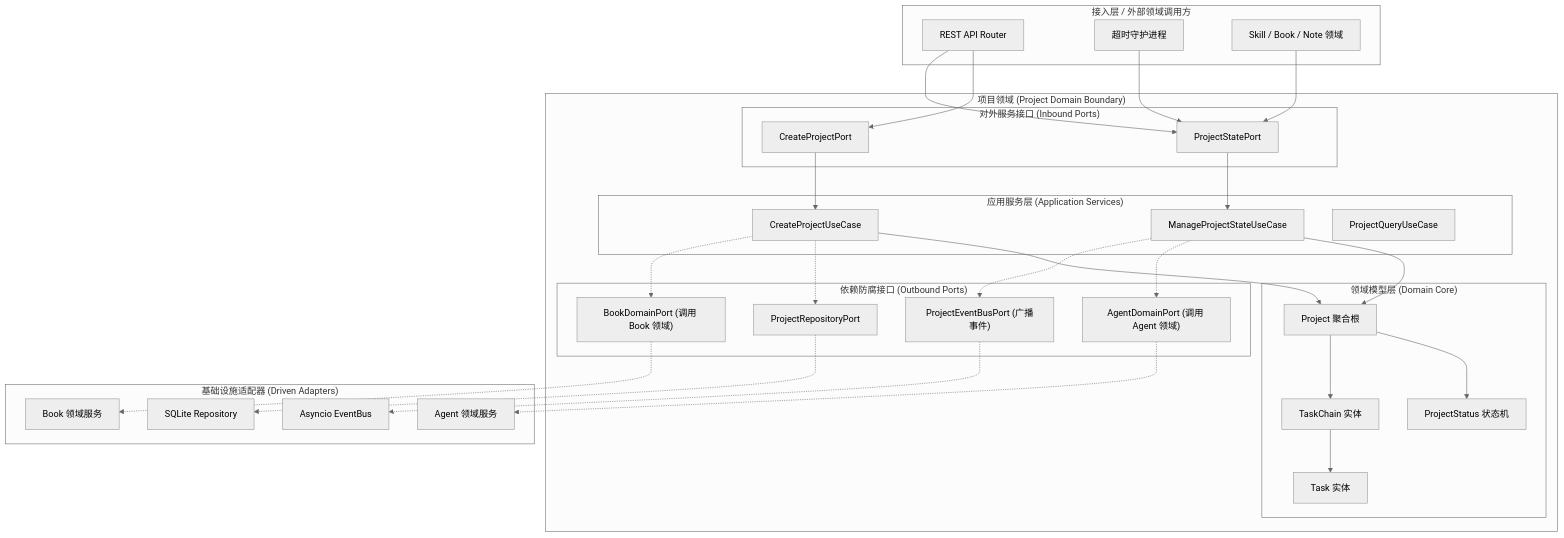
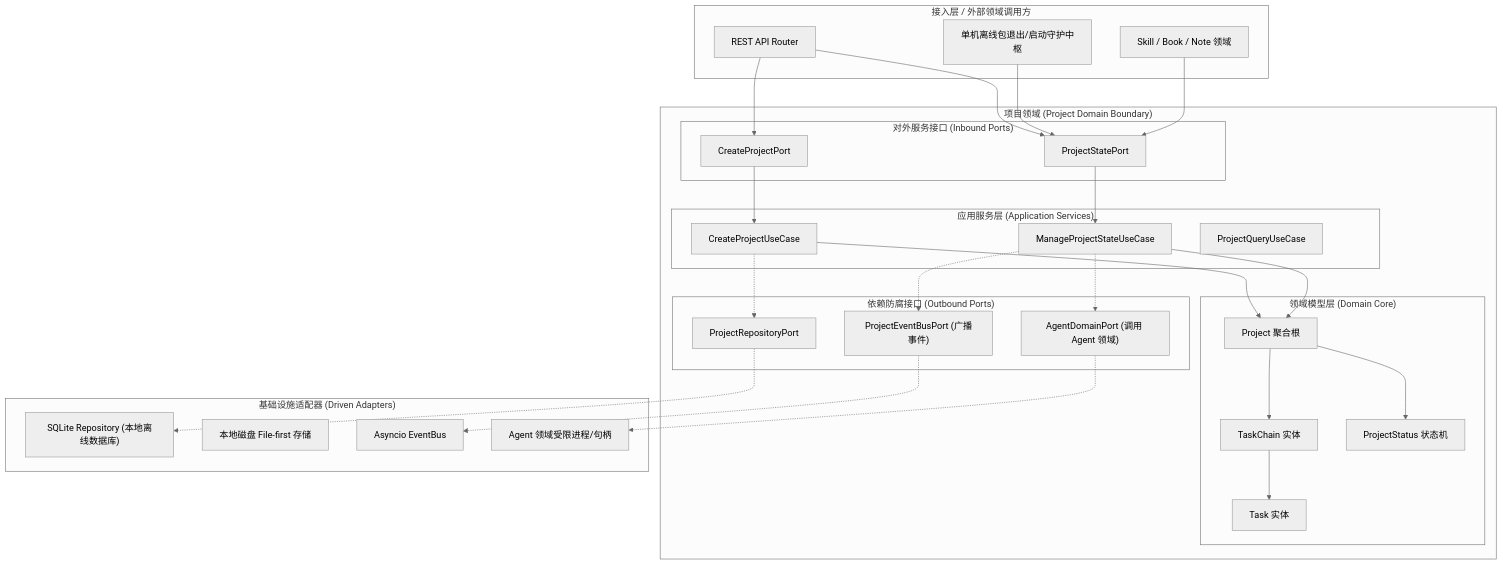
Before and after one commit to shanglihong/i-have-a-plan: the first of 6 diagrams in docs/10_backend_implementation_plan/project/project_backend_design_spec_v1.0.md, drawn with Mermaid (neutral theme). The commit also changed other lines of this file and 1 other file, not shown here.

````diff
--- a/docs/10_backend_implementation_plan/project/project_backend_design_spec_v1.0.md
+++ b/docs/10_backend_implementation_plan/project/project_backend_design_spec_v1.0.md
@@ -39,66 +39,63 @@
 ```mermaid
 graph TD
     subgraph DrivingAdapters ["接入层 / 外部领域调用方"]
         REST["REST API Router"]
-        Watchdog["超时守护进程"]
+        AppLifecycle["单机离线包退出/启动守护中枢"]
         OtherDomain["Skill / Book / Note 领域"]
     end
 
     subgraph HexagonBoundary ["项目领域 (Project Domain Boundary)"]
         subgraph AppServices ["应用服务层 (Application Services)"]
             UC_Create["CreateProjectUseCase"]
             UC_State["ManageProjectStateUseCase"]
             UC_Query["ProjectQueryUseCase"]
         end
 
         subgraph DomainModel ["领域模型层 (Domain Core)"]
             ProjectAgg["Project 聚合根"]
             TaskChainEnt["TaskChain 实体"]
             TaskEnt["Task 实体"]
             StatusMachine["ProjectStatus 状态机"]
         end
         
         subgraph InboundPorts ["对外服务接口 (Inbound Ports)"]
             IP_Create["CreateProjectPort"]
             IP_State["ProjectStatePort"]
         end
 
         subgraph OutboundPorts ["依赖防腐接口 (Outbound Ports)"]
             OP_Repo["ProjectRepositoryPort"]
-            OP_Book["BookDomainPort (调用 Book 领域)"]
             OP_Agent["AgentDomainPort (调用 Agent 领域)"]
             OP_Event["ProjectEventBusPort (广播事件)"]
         end
     end
 
     subgraph Infrastructure ["基础设施适配器 (Driven Adapters)"]
-        DB["SQLite Repository"]
+        DB["SQLite Repository (本地离线数据库)"]
+        FileStore["本地磁盘 File-first 存储"]
         EventBus["Asyncio EventBus"]
-        ExtAgent["Agent 领域服务"]
-        ExtBook["Book 领域服务"]
+        ExtAgent["Agent 领域受限进程/句柄"]
     end
 
     REST --> IP_Create
     REST --> IP_State
-    Watchdog --> IP_State
+    AppLifecycle --> IP_State
     OtherDomain --> IP_State
 
     IP_Create --> UC_Create
     IP_State --> UC_State
 
     UC_Create --> ProjectAgg
     UC_State --> ProjectAgg
     ProjectAgg --> StatusMachine
     ProjectAgg --> TaskChainEnt
     TaskChainEnt --> TaskEnt
 
     UC_Create -.-> OP_Repo
-    UC_Create -.-> OP_Book
     UC_State -.-> OP_Agent
     UC_State -.-> OP_Event
 
     OP_Repo -.-> DB
-    OP_Book -.-> ExtBook
     OP_Agent -.-> ExtAgent
     OP_Event -.-> EventBus
 ```
````
